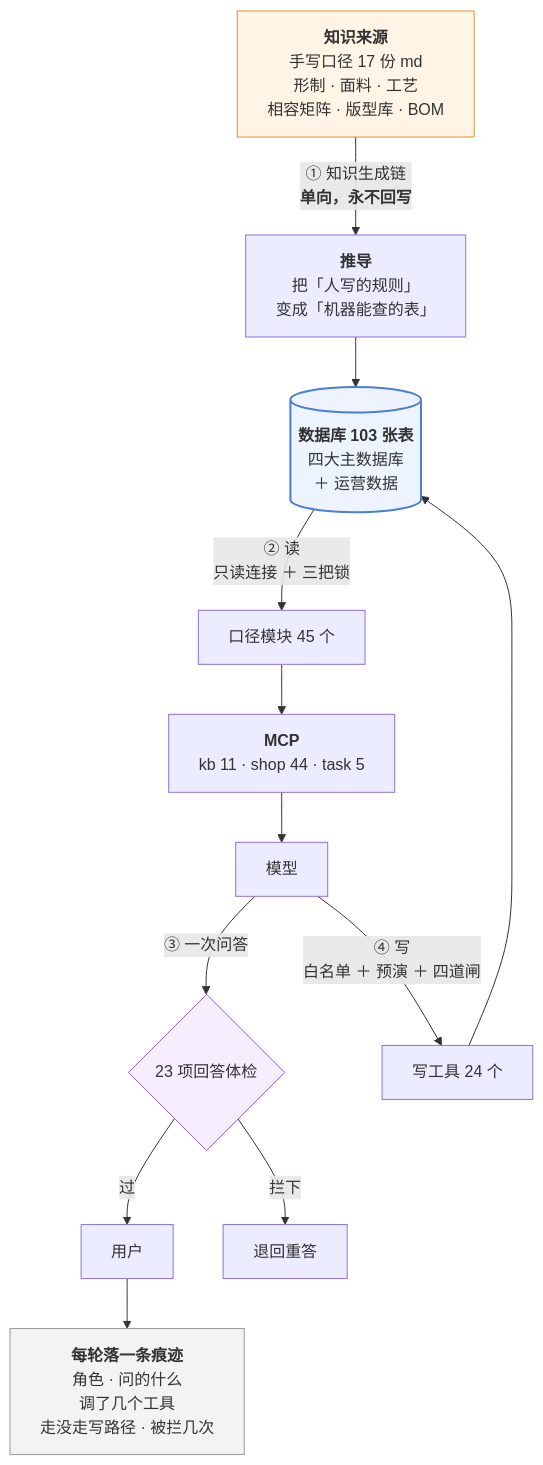
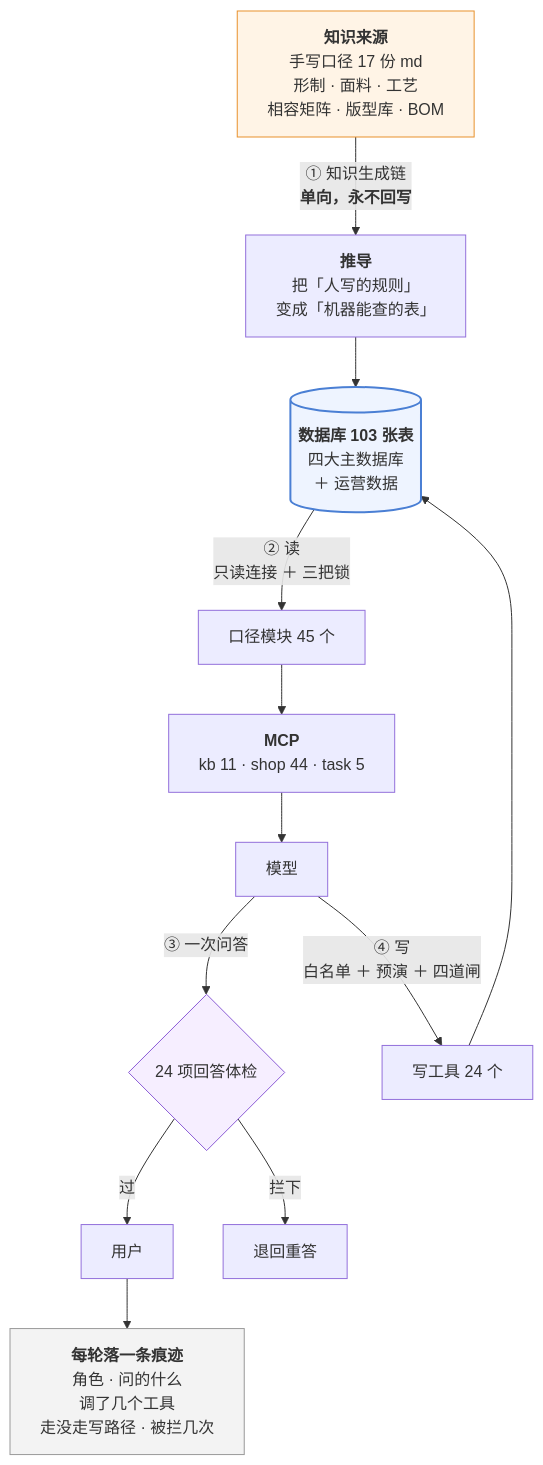
The third of 3 diagrams in 澜绣云裳agent-产品说明.md (843773296-rgb/lanxiu-yunshang-agent), drawn with Mermaid before and after one commit. The commit also changed other lines of this file and 12 other files, not shown here.

````diff
--- a/澜绣云裳agent-产品说明.md
+++ b/澜绣云裳agent-产品说明.md
@@ -867,24 +867,24 @@
 ```mermaid
 flowchart TD
     MD["<b>知识来源</b><br/>手写口径 17 份 md<br/>形制 · 面料 · 工艺<br/>相容矩阵 · 版型库 · BOM"]
     MD -->|"① 知识生成链<br/><b>单向，永不回写</b>"| DV["<b>推导</b><br/>把「人写的规则」<br/>变成「机器能查的表」"]
     DV --> DB[("<b>数据库 103 张表</b><br/>四大主数据库<br/>＋ 运营数据")]
 
     DB -->|"② 读<br/>只读连接 ＋ 三把锁"| KJ["口径模块 45 个"]
     KJ --> MCP["<b>MCP</b><br/>kb 11 · shop 44 · task 5"]
     MCP --> LLM["模型"]
 
-    LLM -->|"③ 一次问答"| GD{"23 项回答体检"}
+    LLM -->|"③ 一次问答"| GD{"24 项回答体检"}
     GD -- 过 --> U["用户"]
     GD -- 拦下 --> RE["退回重答"]
 
     LLM -->|"④ 写<br/>白名单 ＋ 预演 ＋ 四道闸"| W["写工具 24 个"]
     W --> DB
 
     U --> TR["<b>每轮落一条痕迹</b><br/>角色 · 问的什么<br/>调了几个工具<br/>走没走写路径 · 被拦几次"]
 
     style MD fill:#fff4e6,stroke:#e8912d
     style DB fill:#eef4ff,stroke:#4a7fd4,stroke-width:2px
     style GD fill:#f6eeff,stroke:#8b5cd6
     style TR fill:#f3f3f3,stroke:#999
 ```
````
